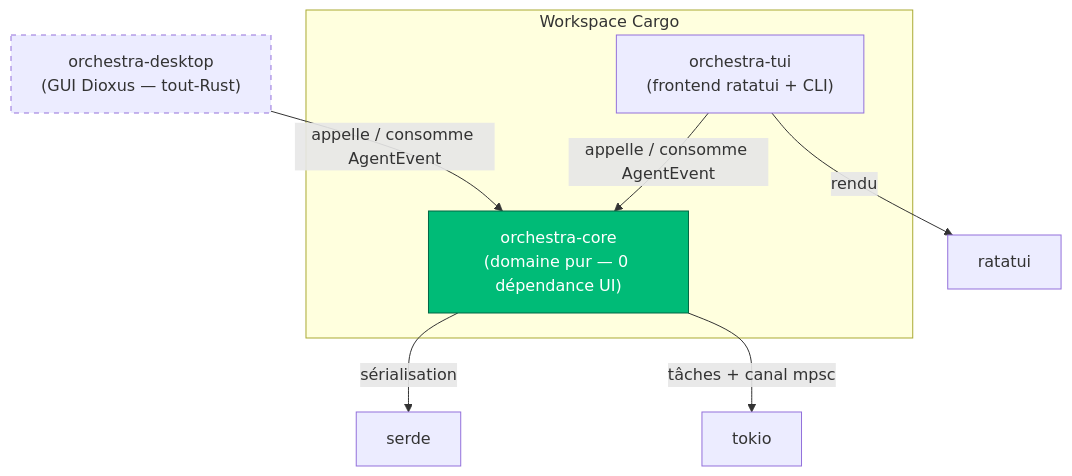
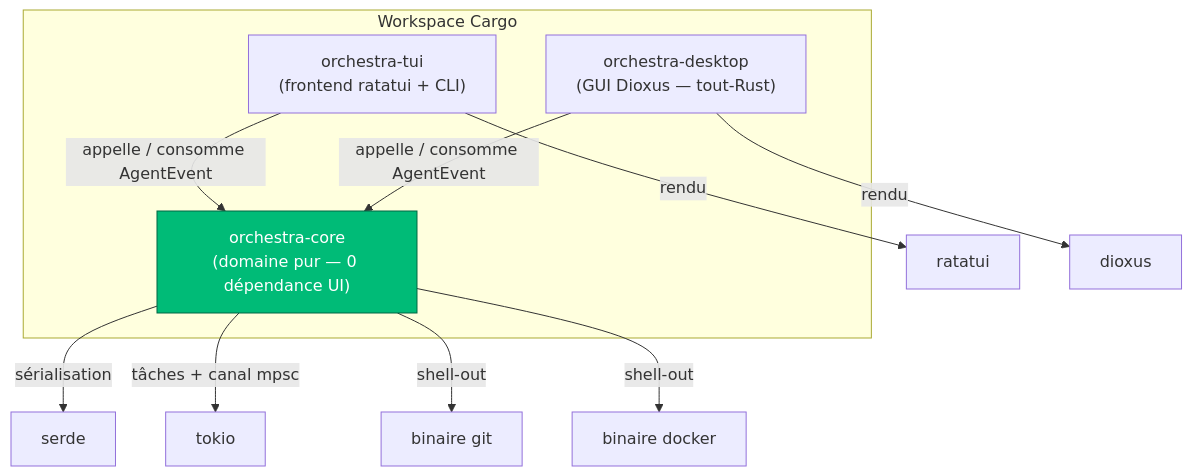
Before and after one commit to maximelarrieu/orchestra-ide: the first of 4 diagrams in docs/ARCHITECTURE.md, drawn with Mermaid. The commit also changed other lines of this file and 15 other files, not shown here.

First line of the commit message:
Recentrage total sur le dev : Git/Docker/Fichiers structurés + parité TUI⇄Desktop

````diff
--- a/docs/ARCHITECTURE.md
+++ b/docs/ARCHITECTURE.md
@@ -21,15 +21,18 @@
 ```mermaid
 graph TD
     subgraph workspace[Workspace Cargo]
         core["orchestra-core<br/>(domaine pur — 0 dépendance UI)"]
         tui["orchestra-tui<br/>(frontend ratatui + CLI)"]
+        desktop["orchestra-desktop<br/>(GUI Dioxus — tout-Rust)"]
     end
     tui -->|appelle / consomme AgentEvent| core
     tui -->|rendu| ratatui
+    desktop -->|appelle / consomme AgentEvent| core
+    desktop -->|rendu| dioxus
     core -->|sérialisation| serde
     core -->|tâches + canal mpsc| tokio
-    desktop["orchestra-desktop<br/>(GUI Dioxus — tout-Rust)"] -->|appelle / consomme AgentEvent| core
+    core -->|shell-out| gitcli["binaire git"]
+    core -->|shell-out| dockercli["binaire docker"]
 
     style core fill:#0b7,stroke:#064,color:#fff
-    style desktop stroke-dasharray: 5 5
 ```
````
